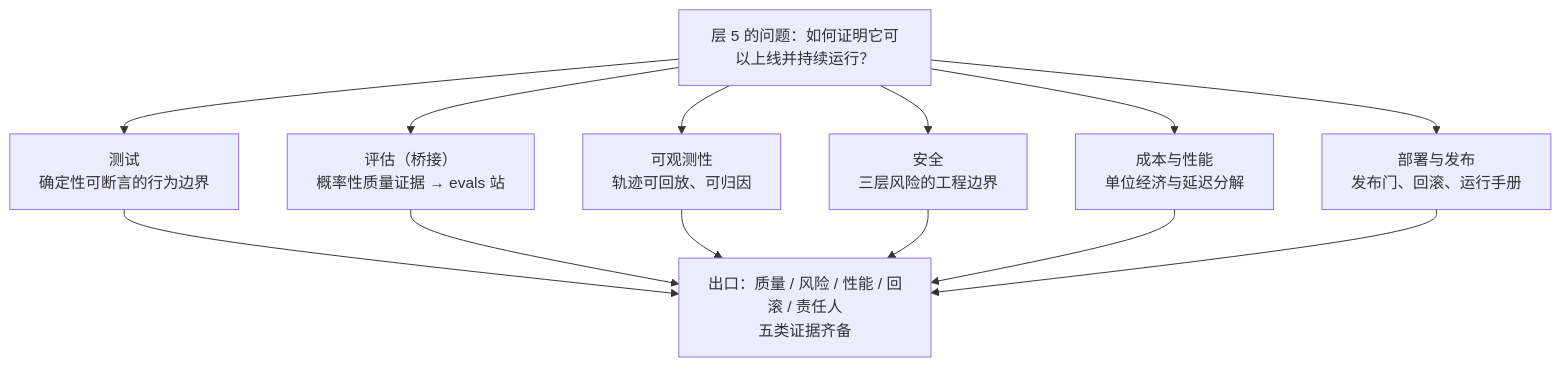
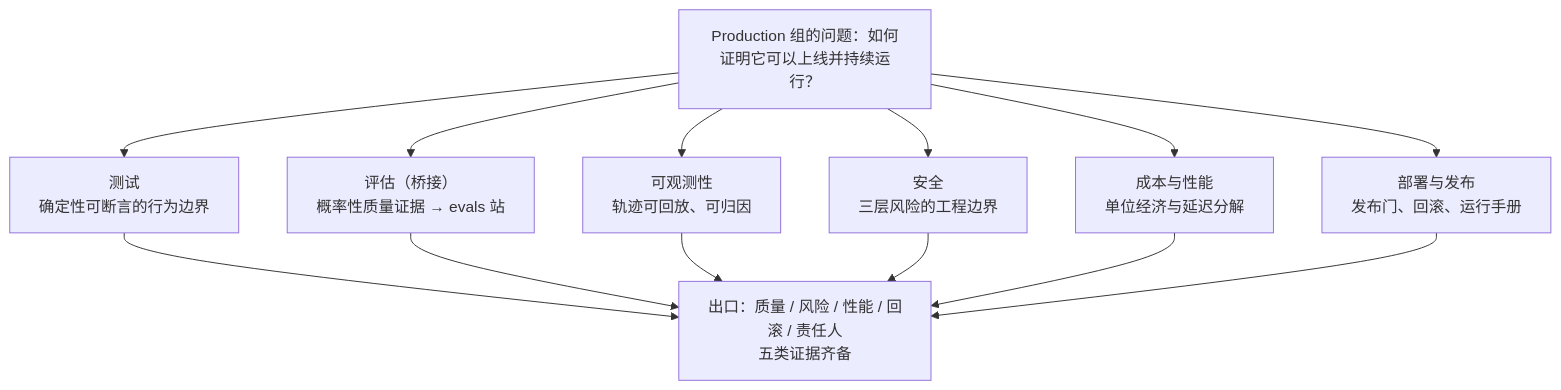
One commit to zenHeart/learn-ai changed the diagram in docs/zh/tech/08-production/index.md. Above: the diagram before and after it, drawn with Mermaid. The commit also changed other lines of this file and 67 other files, not shown here.

````diff
--- a/docs/zh/tech/08-production/index.md
+++ b/docs/zh/tech/08-production/index.md
@@ -30,11 +30,11 @@
 ```mermaid
 flowchart TB
-    Q["层 5 的问题：如何证明它可以上线并持续运行？"]
+    Q["Production 组的问题：如何证明它可以上线并持续运行？"]
     Q --> T["测试<br/>确定性可断言的行为边界"]
     Q --> E["评估（桥接）<br/>概率性质量证据 → evals 站"]
     Q --> O["可观测性<br/>轨迹可回放、可归因"]
     Q --> S["安全<br/>三层风险的工程边界"]
     Q --> C["成本与性能<br/>单位经济与延迟分解"]
     Q --> D["部署与发布<br/>发布门、回滚、运行手册"]
     T & E & O & S & C & D --> X["出口：质量 / 风险 / 性能 / 回滚 / 责任人<br/>五类证据齐备"]
 ```
````
